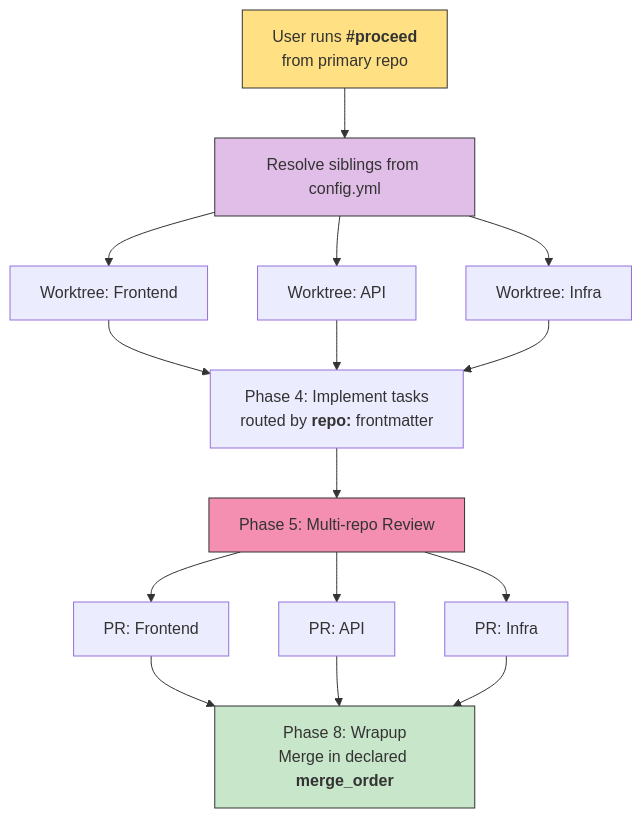
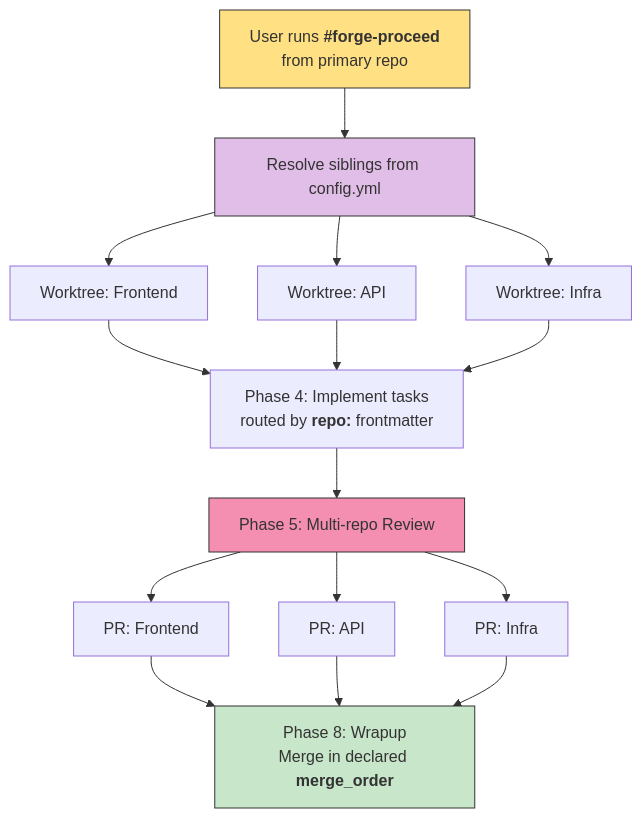
The fourth of 5 diagrams in .forge/context/corpus/copilot_forge_flow_demo.md (AI-Corner/copilot-forge), drawn with Mermaid before and after one commit. The commit also changed other lines of this file and 30 other files, not shown here.

````diff
--- a/.forge/context/corpus/copilot_forge_flow_demo.md
+++ b/.forge/context/corpus/copilot_forge_flow_demo.md
@@ -142,21 +142,21 @@
 ```mermaid
 flowchart TD
-    Start[User runs <b>#proceed</b><br/>from primary repo] --> Resolve[Resolve siblings from config.yml]
+    Start[User runs <b>#forge-proceed</b><br/>from primary repo] --> Resolve[Resolve siblings from config.yml]
     Resolve --> WT1[Worktree: Frontend]
     Resolve --> WT2[Worktree: API]
     Resolve --> WT3[Worktree: Infra]
     
     WT1 & WT2 & WT3 --> Impl[Phase 4: Implement tasks<br/>routed by <b>repo:</b> frontmatter]
     
     Impl --> Rev[Phase 5: Multi-repo Review]
     Rev --> PR1[PR: Frontend]
     Rev --> PR2[PR: API]
     Rev --> PR3[PR: Infra]
     
     PR1 & PR2 & PR3 --> Wrap[Phase 8: Wrapup<br/>Merge in declared <b>merge_order</b>]
     
     style Start fill:#ffe082,stroke:#333,stroke-width:1px
     style Resolve fill:#e1bee7,stroke:#333,stroke-width:1px
     style Rev fill:#f48fb1,stroke:#333,stroke-width:1px
     style Wrap fill:#c8e6c9,stroke:#333,stroke-width:1px
 ```
````
